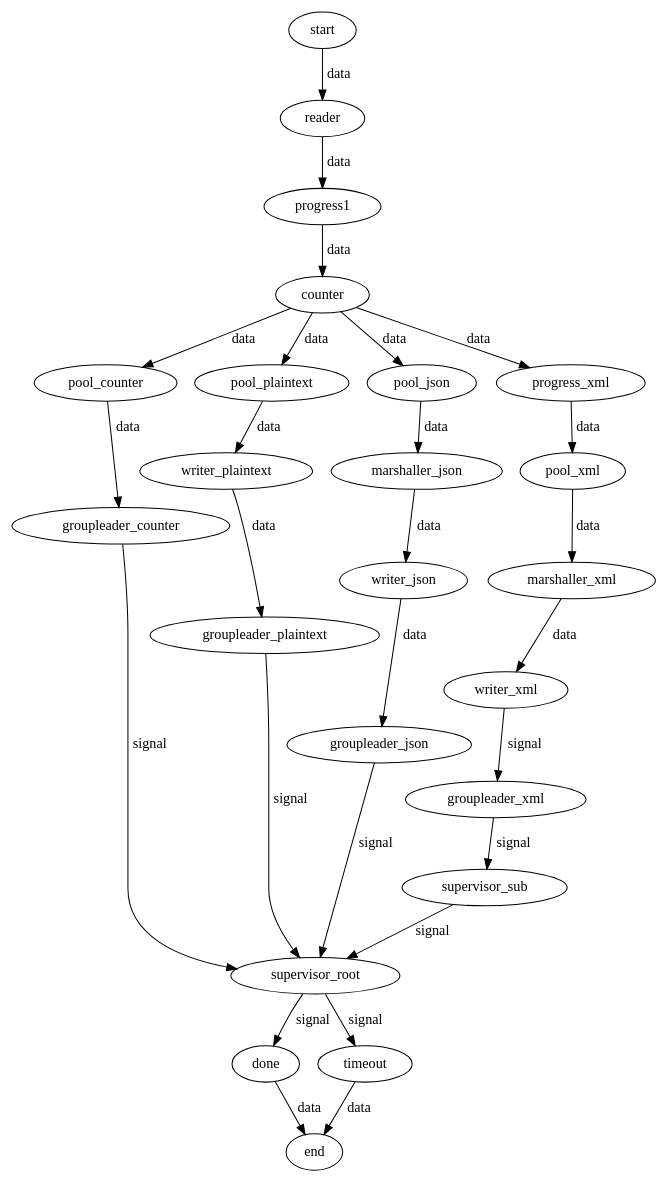
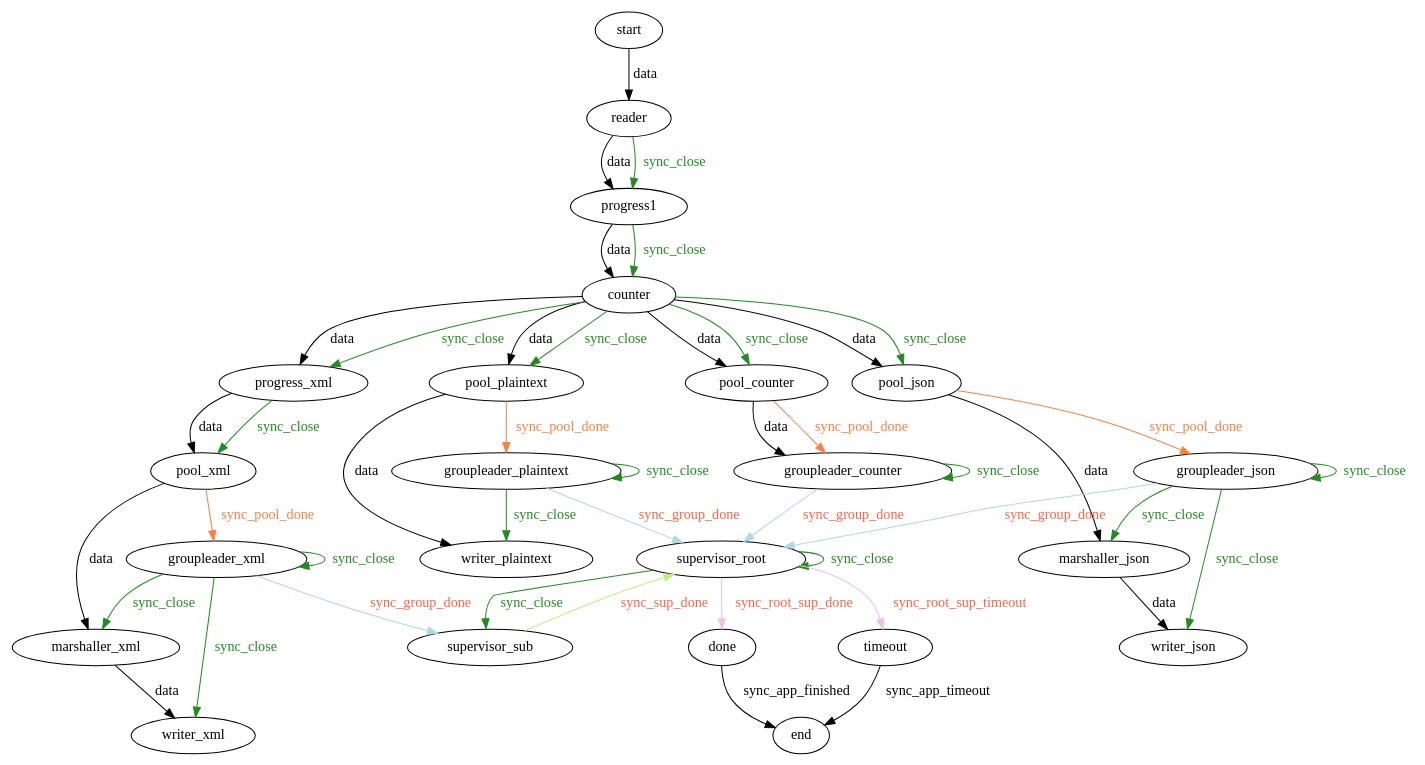
One commit to mdarin/hollogo changed the diagram in complex_topology.gv. Above: the diagram before and after it, drawn with Graphviz. The commit also changed 1 other file, not shown here.

Commit message:
graphviz graph of topology

```diff
--- a/complex_topology.gv
+++ b/complex_topology.gv
@@ -1,64 +1,105 @@
 digraph graphname {
   
 	start
 	end
 
 	reader 
 	progress1
 
 	#counter_parent
 		counter
 	
 	pool_counter
 	groupleader_counter	
 	
 	pool_plaintext
 	writer_plaintext
 	groupleader_plaintext
 
 	#group_starter_parent
 		pool_json
 		marshaller_json
 		writer_json
 		groupleader_json
 
 	# subtree
 	progress_xml
 	pool_xml
 	marshaller_xml
 	writer_xml
 	groupleader_xml
 
 	supervisor_root
 	supervisor_sub
 
 	done
 	timeout
 
 	start -> reader [label="data"];
 	reader -> progress1 [label="data"];
+	reader -> progress1 [label="sync_close" color="#228b22" fontcolor="#228b22"]
+	
 	progress1 -> counter [label="data"];
+	progress1 -> counter [label="sync_close" color="#228b22" fontcolor="#228b22"]
+
 	counter -> pool_counter [label="data"];
+	counter -> pool_counter [label="sync_close" color="#228b22" fontcolor="#228b22"]	
+
 	counter -> pool_plaintext [label="data"];
+	counter -> pool_plaintext [label="sync_close" color="#228b22" fontcolor="#228b22"];
+
 	counter -> pool_json [label="data"];
+	counter -> pool_json [label="sync_close" color="#228b22" fontcolor="#228b22"];
+
+
 	counter -> progress_xml [label="data"];
+	counter -> progress_xml [label="sync_close" color="#228b22" fontcolor="#228b22"];
+
+
 	pool_counter -> groupleader_counter [label="data"];
+	pool_counter -> groupleader_counter [label="sync_pool_done" color="#ff7e40" fontcolor="#ff7e40"];
+
+	groupleader_counter -> groupleader_counter [label="sync_close" color="#228b22" fontcolor="#228b22"];
+
 	pool_plaintext -> writer_plaintext [label="data"];
-	writer_plaintext -> groupleader_plaintext [label="data"];
+
+	pool_plaintext -> groupleader_plaintext [label="sync_pool_done" color="#ff7e40" fontcolor="#ff7e40"];
+
+	groupleader_plaintext -> writer_plaintext [label="sync_close" color="#228b22" fontcolor="#228b22"];
+	groupleader_plaintext -> groupleader_plaintext [label="sync_close" color="#228b22" fontcolor="#228b22"];
+
+
 	pool_json -> marshaller_json [label="data"];
+	pool_json -> groupleader_json	[label="sync_pool_done" color="#ff7e40" fontcolor="#ff7e40"];
+
 	marshaller_json -> writer_json [label="data"];
-	writer_json -> groupleader_json [label="data"];
+
+	groupleader_json -> marshaller_json [label="sync_close" color="#228b22" fontcolor="#228b22"];
+	groupleader_json -> writer_json [label="sync_close" color="#228b22" fontcolor="#228b22"];
+	groupleader_json -> groupleader_json [label="sync_close" color="#228b22" fontcolor="#228b22"];
+
 	progress_xml -> pool_xml [label="data"];
+	progress_xml -> pool_xml [label="sync_close" color="#228b22" fontcolor="#228b22"];
+
 	pool_xml -> marshaller_xml [label="data"];
+	pool_xml -> groupleader_xml [label="sync_pool_done" color="#ff7e40" fontcolor="#ff7e40"];	
 	marshaller_xml -> writer_xml [label="data"];
-	writer_xml -> groupleader_xml [label="signal"];
-	groupleader_xml -> supervisor_sub [label="signal"];
-	supervisor_sub -> supervisor_root [label="signal"];
-	groupleader_counter -> supervisor_root [label="signal"];
-	groupleader_plaintext -> supervisor_root [label="signal"];
-	groupleader_json -> supervisor_root [label="signal"];
-	supervisor_root -> done [label="signal"];
-	supervisor_root -> timeout [label="signal"];
-	done -> end [label="data"];
-	timeout -> end [label="data"];
+	
+	groupleader_xml -> writer_xml [label="sync_close" color="#228b22" fontcolor="#228b22"];
+	groupleader_xml -> marshaller_xml [label="sync_close" color="#228b22" fontcolor="#228b22"];
+	groupleader_xml -> groupleader_xml [label="sync_close" color="#228b22" fontcolor="#228b22"];
+
+	groupleader_xml -> supervisor_sub [label="sync_group_done" color="lightblue" fontcolor="#FF6347"];
+	groupleader_counter -> supervisor_root [label="sync_group_done" color="lightblue" fontcolor="#FF6347"];
+	groupleader_plaintext -> supervisor_root [label="sync_group_done" color="lightblue" fontcolor="#FF6347"];
+	groupleader_json -> supervisor_root [label="sync_group_done" color="lightblue" fontcolor="#FF6347"];
+	supervisor_sub -> supervisor_root [label="sync_sup_done" color="#c4ed82" fontcolor="#FF6347"];
+	
+	supervisor_root -> supervisor_sub [label="sync_close" color="#228b22" fontcolor="#228b22"];	
+	supervisor_root -> done [label="sync_root_sup_done" color="#f0c0de" fontcolor="#FF6347"];
+	supervisor_root -> timeout [label="sync_root_sup_timeout" color="#f0c0de" fontcolor="#FF6347"];
+	supervisor_root -> supervisor_root [label="sync_close" color="#228b22" fontcolor="#228b22"];
+
+	done -> end [label="sync_app_finished"];
+	timeout -> end [label="sync_app_timeout"];
 }
```
